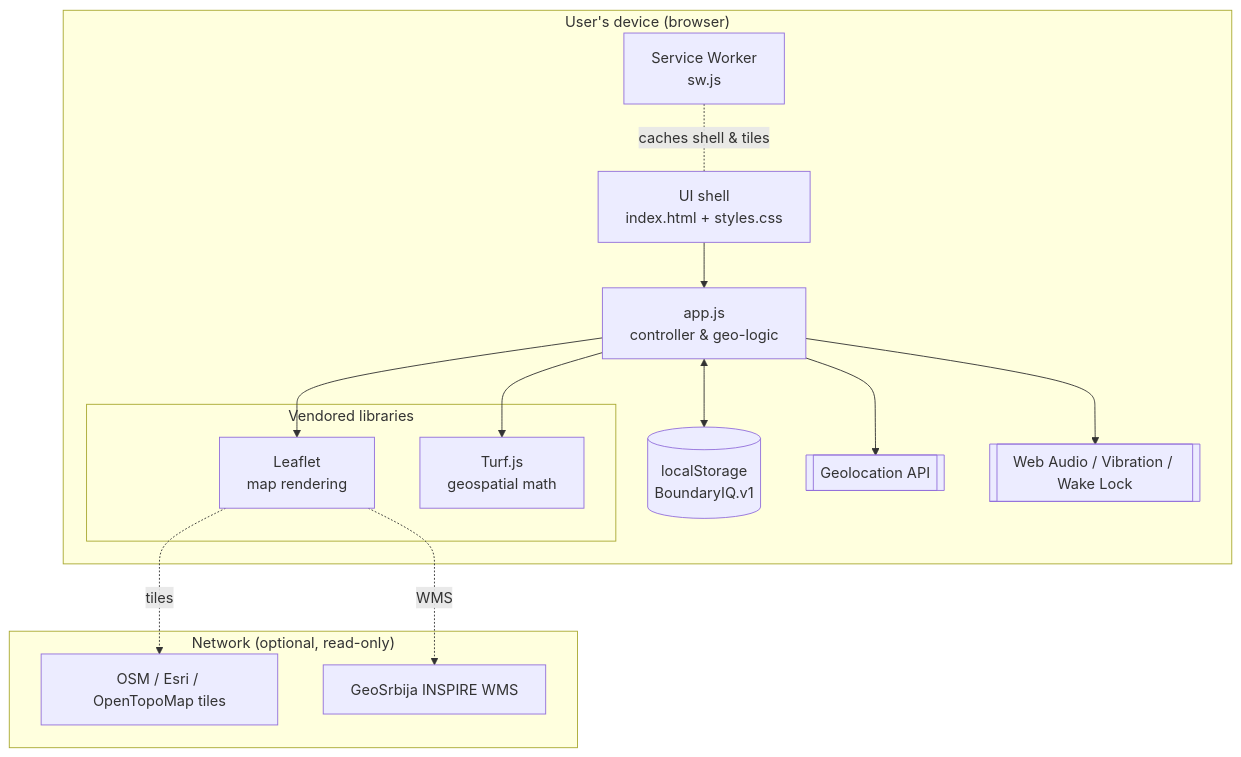
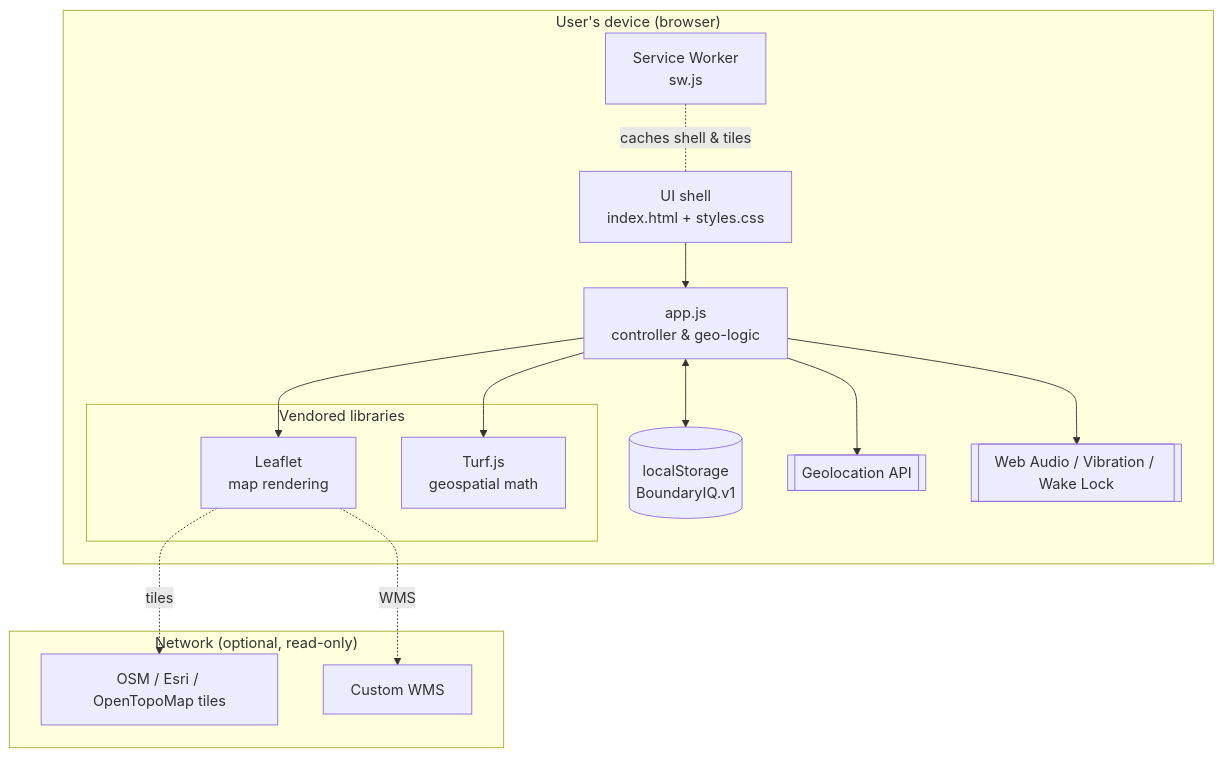
The first of 3 diagrams in docs/technical/architecture.md (aspirehub-app/boundary-iq), drawn with Mermaid before and after one commit.

Commit message:
docs: Update architecture overview diagram

````diff
--- a/docs/technical/architecture.md
+++ b/docs/technical/architecture.md
@@ -11,30 +11,30 @@
 ```mermaid
 flowchart TB
     subgraph Device["User's device (browser)"]
         UI[UI shell<br/>index.html + styles.css]
         APP[app.js<br/>controller & geo-logic]
         LS[(localStorage<br/>BoundaryIQ.v1)]
         SW[Service Worker<br/>sw.js]
         subgraph Libs["Vendored libraries"]
             LEAF[Leaflet<br/>map rendering]
             TURF[Turf.js<br/>geospatial math]
         end
         GEO[[Geolocation API]]
         AUDIO[[Web Audio / Vibration / Wake Lock]]
     end
 
     subgraph Net["Network (optional, read-only)"]
         OSM[OSM / Esri / OpenTopoMap tiles]
-        WMS[GeoSrbija INSPIRE WMS]
+        WMS[Custom WMS]
     end
 
     UI --> APP
     APP <--> LS
     APP --> LEAF
     APP --> TURF
     APP --> GEO
     APP --> AUDIO
     LEAF -.tiles.-> OSM
     LEAF -.WMS.-> WMS
     SW -. caches shell & tiles .- UI
 ```
````
